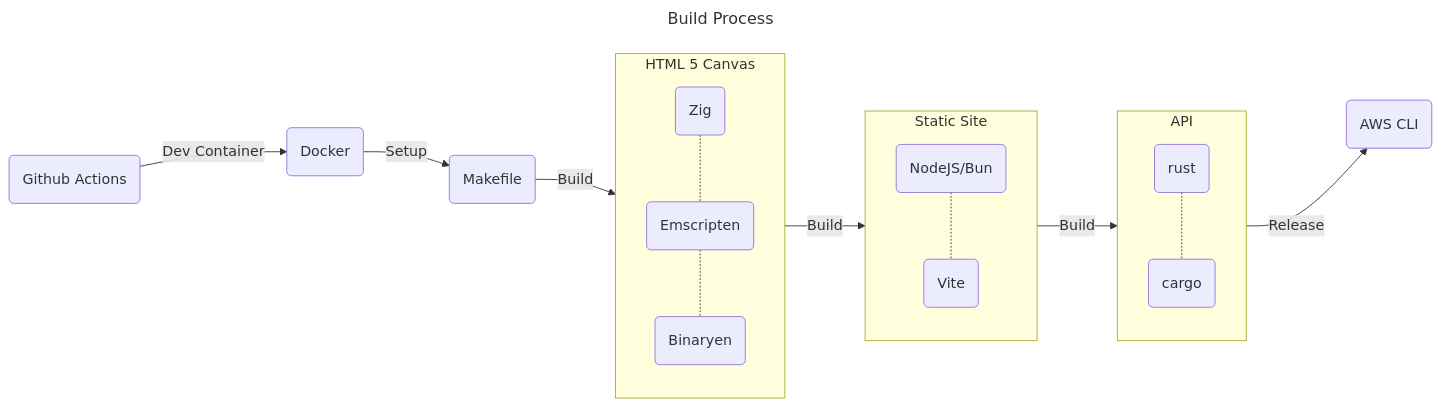
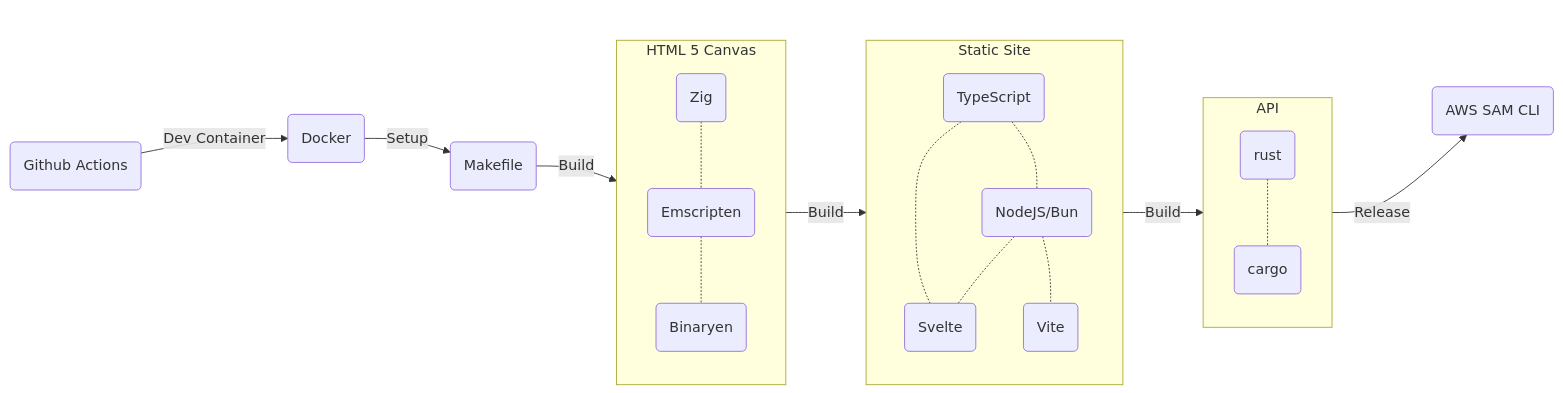
The second of 2 diagrams in README.md (dylanlangston/dylanlangston.com), drawn with Mermaid before and after one commit. The commit also changed other lines of this file, not shown here.

````diff
--- a/README.md
+++ b/README.md
@@ -53,37 +73,39 @@
 ```mermaid
----
-title:  Build Process
----
 flowchart LR
 	B1("Makefile")
 	
 
 	B7("Docker")
 	B8("Github Actions")
-	B9("AWS CLI")
+	B9("AWS SAM CLI")
     subgraph "HTML 5 Canvas"
         B2("Zig")
         B3("Emscripten")
         B4("Binaryen")
     end
     subgraph "Static Site"
+        B12("Svelte")
+        B13("TypeScript")
         B5("NodeJS/Bun")
         B6("Vite")
     end
     subgraph "API "
         B10("rust")
         B11("cargo")
     end
 
 
     B2 -.- B3 -.- B4
     B5 -.- B6
     B10 -.- B11
+    B13 -.- B12
+    B5 -.- B12
+    B13 -.- B5
 
     B1 --Build--> subGraph0 --Build--> subGraph1 --Build--> subGraph2 --Release--> B9
     B8 --Dev Container--> B7 --Setup--> B1
     B8 ~~~ B9
     B8 ~~~ B1
     B8 ~~~ subGraph0
 
 ```
````
